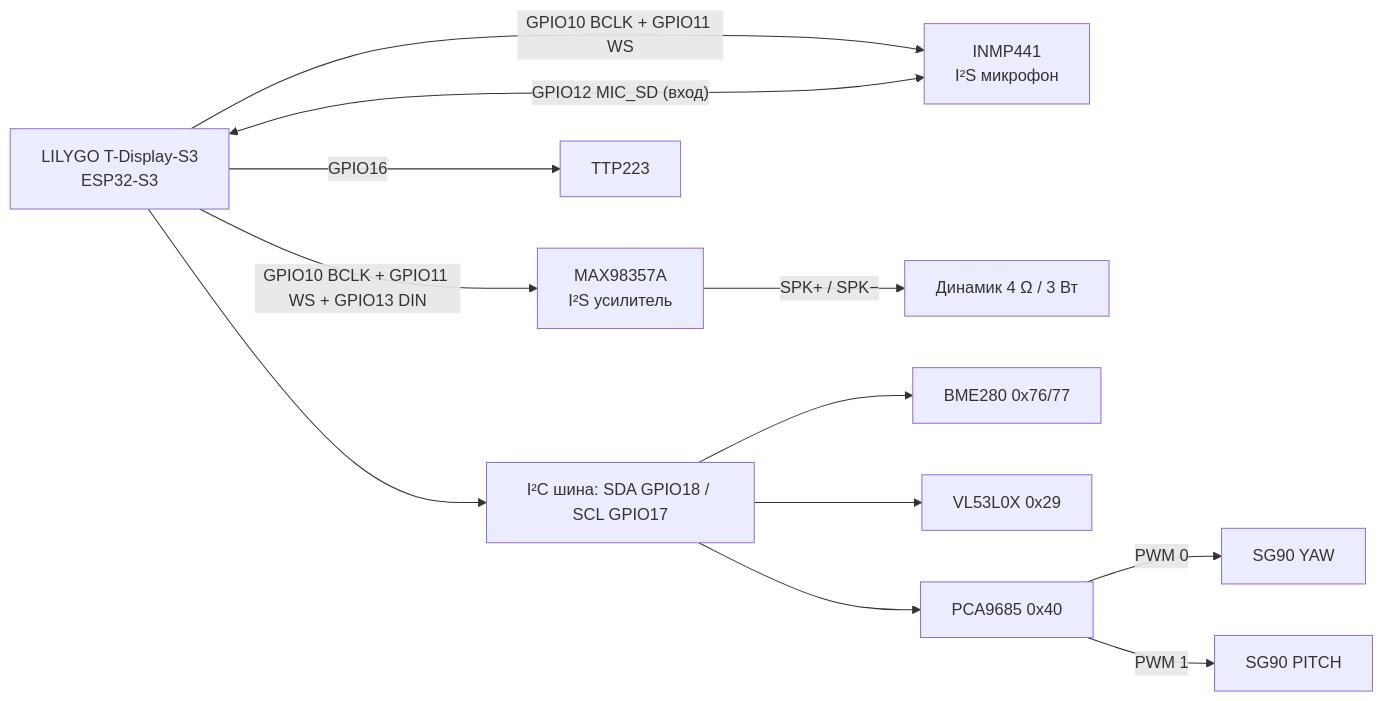
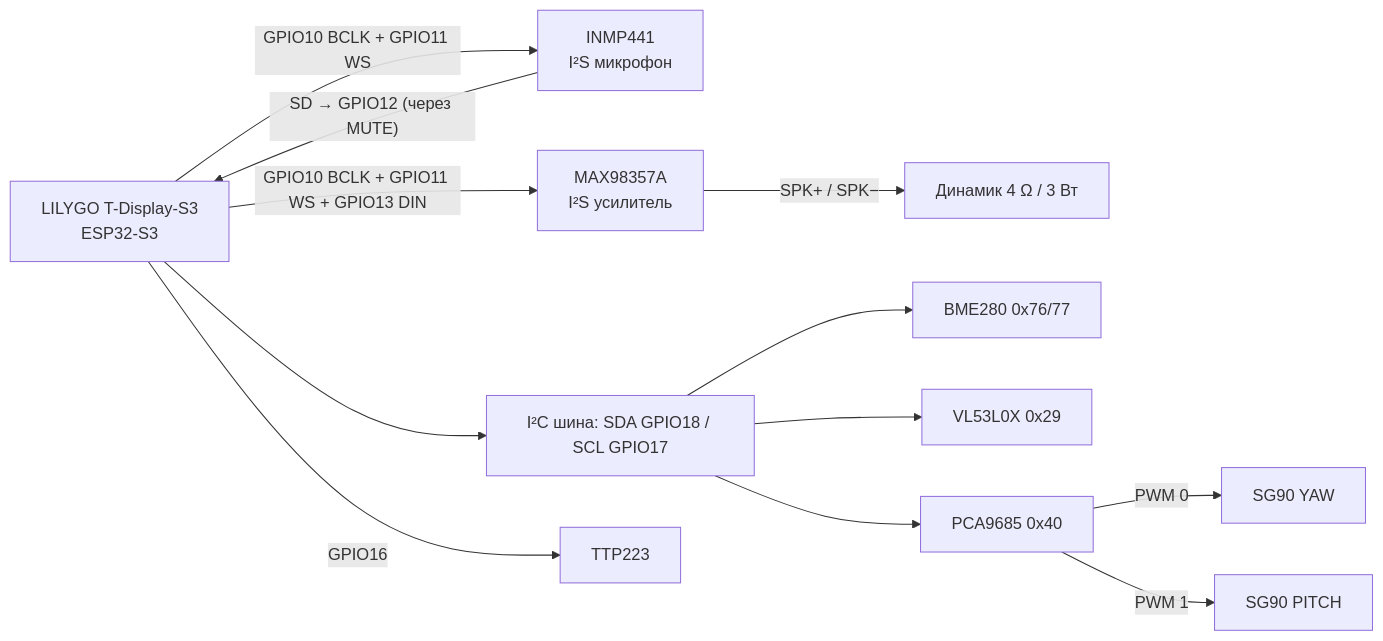
Before and after one commit to KopievDev/DeskPet: the first of 2 diagrams in docs/hardware/WIRING.md, drawn with Mermaid.

Commit message:
docs(hardware): fix Mermaid I2S RX link

````diff
--- a/docs/hardware/WIRING.md
+++ b/docs/hardware/WIRING.md
@@ -7,25 +7,25 @@
 ```mermaid
 flowchart LR
   ESP["LILYGO T-Display-S3<br/>ESP32-S3"]
   MIC["INMP441<br/>I²S микрофон"]
   AMP["MAX98357A<br/>I²S усилитель"]
   SPK["Динамик 4 Ω / 3 Вт"]
   I2C["I²C шина: SDA GPIO18 / SCL GPIO17"]
   BME["BME280 0x76/77"]
   VL["VL53L0X 0x29"]
   PWM["PCA9685 0x40"]
   YAW["SG90 YAW"]
   PITCH["SG90 PITCH"]
   TTP["TTP223"]
   ESP -- "GPIO10 BCLK + GPIO11 WS" --> MIC
-  ESP -- "GPIO12 MIC_SD (вход)" <---> MIC
+  MIC -- "SD → GPIO12 (через MUTE)" --> ESP
   ESP -- "GPIO10 BCLK + GPIO11 WS + GPIO13 DIN" --> AMP
   AMP -- "SPK+ / SPK−" --> SPK
   ESP --> I2C
   I2C --> BME
   I2C --> VL
   I2C --> PWM
   PWM -- "PWM 0" --> YAW
   PWM -- "PWM 1" --> PITCH
   ESP -- "GPIO16" --> TTP
 ```
````
